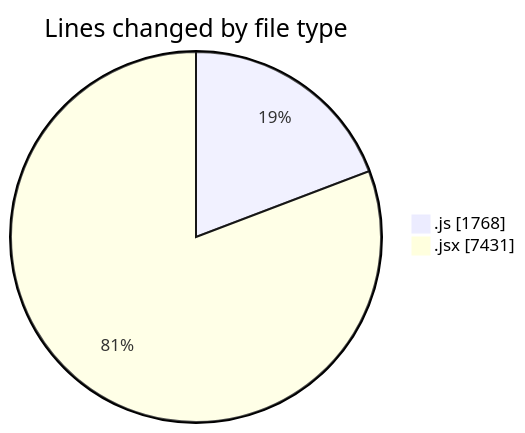
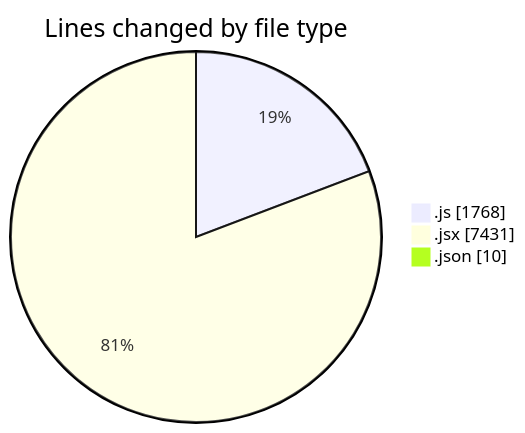
The first of 2 diagrams in 2025-08-05/nxtqube_webapp/README.md (nxtqubesakshisongat/code-tracking), drawn with Mermaid before and after one commit. The commit also changed other lines of this file and 1 other file, not shown here.

````diff
--- a/2025-08-05/nxtqube_webapp/README.md
+++ b/2025-08-05/nxtqube_webapp/README.md
@@ -39,6 +40,7 @@
 ```mermaid
 pie showData
 title Lines changed by file type
 ".js" : 1768
 ".jsx" : 7431
+".json" : 10
 ```
````
